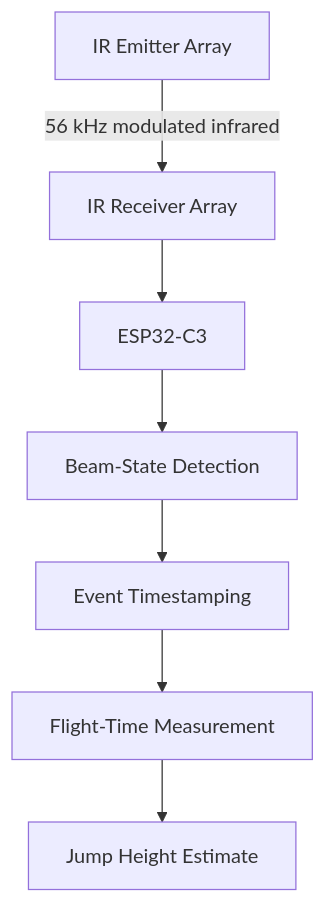
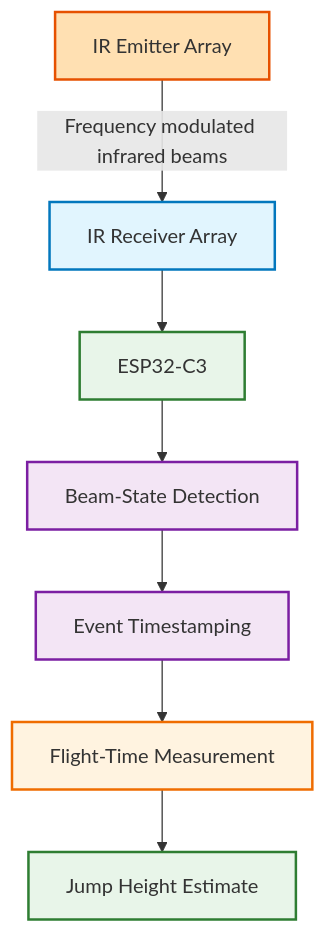
Before and after one commit to ah-789/optical-jump-measurement-system: the diagram in README.md, drawn with Mermaid.

Commit message:
colors
Added colors to the diagram

````diff
--- a/README.md
+++ b/README.md
@@ -18,17 +18,25 @@
 ```mermaid
 flowchart TD
     A[IR Emitter Array]
     B[IR Receiver Array]
     C[ESP32-C3]
     D[Beam-State Detection]
     E[Event Timestamping]
     F[Flight-Time Measurement]
     G[Jump Height Estimate]
 
-    A -->|56 kHz modulated infrared| B
+    A -->| Frequency modulated infrared beams| B
     B --> C
     C --> D
     D --> E
     E --> F
     F --> G
+
+    style A fill:#ffe0b2,stroke:#e65100,stroke-width:2px
+    style B fill:#e1f5fe,stroke:#0277bd,stroke-width:2px
+    style C fill:#e8f5e9,stroke:#2e7d32,stroke-width:2px
+    style D fill:#f3e5f5,stroke:#7b1fa2,stroke-width:2px
+    style E fill:#f3e5f5,stroke:#7b1fa2,stroke-width:2px
+    style F fill:#fff3e0,stroke:#ef6c00,stroke-width:2px
+    style G fill:#e8f5e9,stroke:#2e7d32,stroke-width:2px
 ```
````
